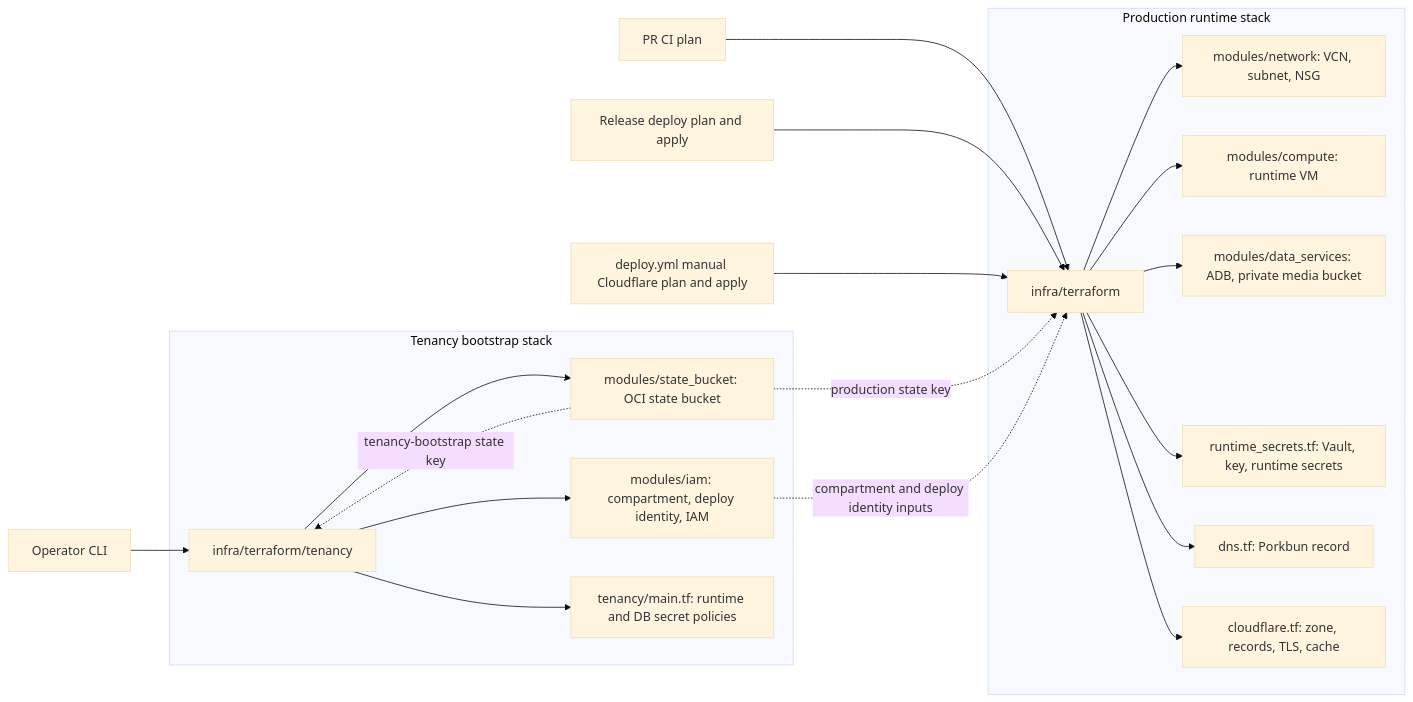
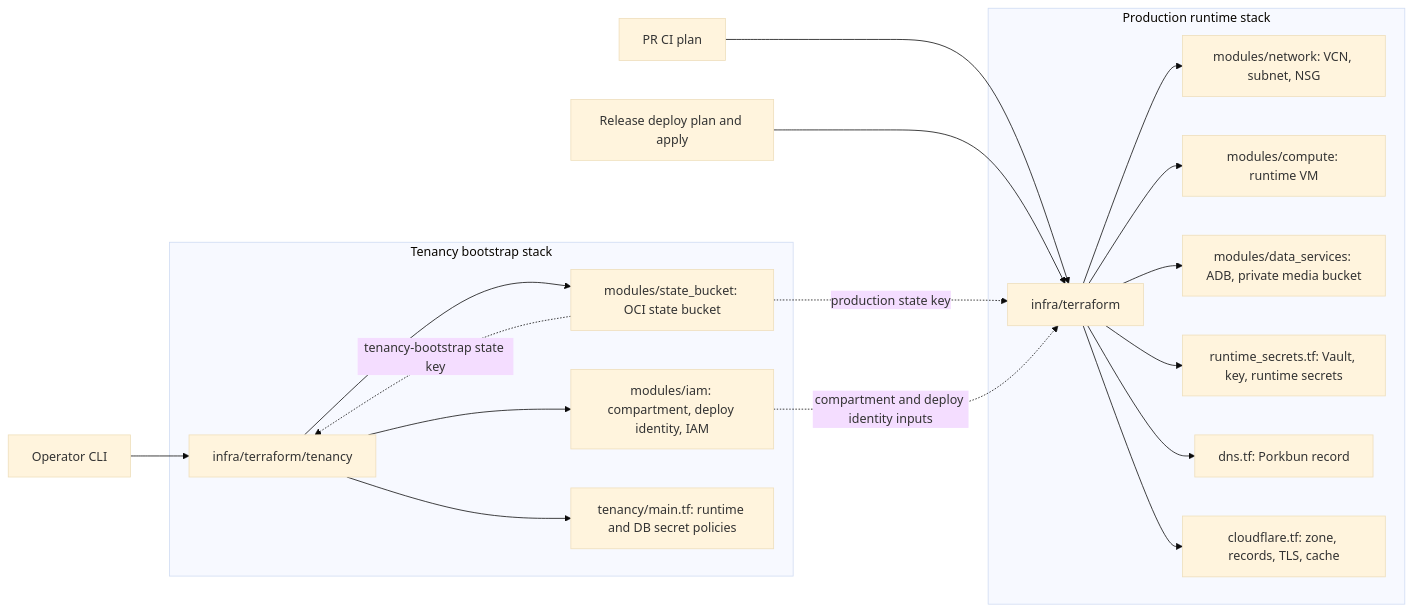
One commit to jetsaredim/autographs changed the first of 2 diagrams in docs/iac-operational-review-findings.md. Above: the diagram before and after it, drawn with Mermaid (base theme). The commit also changed other lines of this file, not shown here.

Commit message:
docs: update IaC review for Cloudflare and operator flows

````diff
--- a/docs/iac-operational-review-findings.md
+++ b/docs/iac-operational-review-findings.md
@@ -27,28 +27,27 @@
 ```mermaid
 flowchart LR
   operator[Operator CLI] --> tenancy
   ci[PR CI plan] --> production
   deploy[Release deploy plan and apply] --> production
-  cloudflare_workflow[deploy.yml manual Cloudflare plan and apply] --> production
 
   subgraph tenancy_stack[Tenancy bootstrap stack]
     tenancy[infra/terraform/tenancy]
     tenancy --> iam[modules/iam: compartment, deploy identity, IAM]
     tenancy --> state_bucket[modules/state_bucket: OCI state bucket]
     tenancy --> tenancy_policies[tenancy/main.tf: runtime and DB secret policies]
   end
 
   subgraph production_stack[Production runtime stack]
     production[infra/terraform]
     production --> network[modules/network: VCN, subnet, NSG]
     production --> compute[modules/compute: runtime VM]
     production --> data_services[modules/data_services: ADB, private media bucket]
     production --> vault[runtime_secrets.tf: Vault, key, runtime secrets]
     production --> dns[dns.tf: Porkbun record]
     production --> cloudflare_resources[cloudflare.tf: zone, records, TLS, cache]
   end
 
   state_bucket -. tenancy-bootstrap state key .-> tenancy
   state_bucket -. production state key .-> production
   iam -. compartment and deploy identity inputs .-> production
 ```
````
